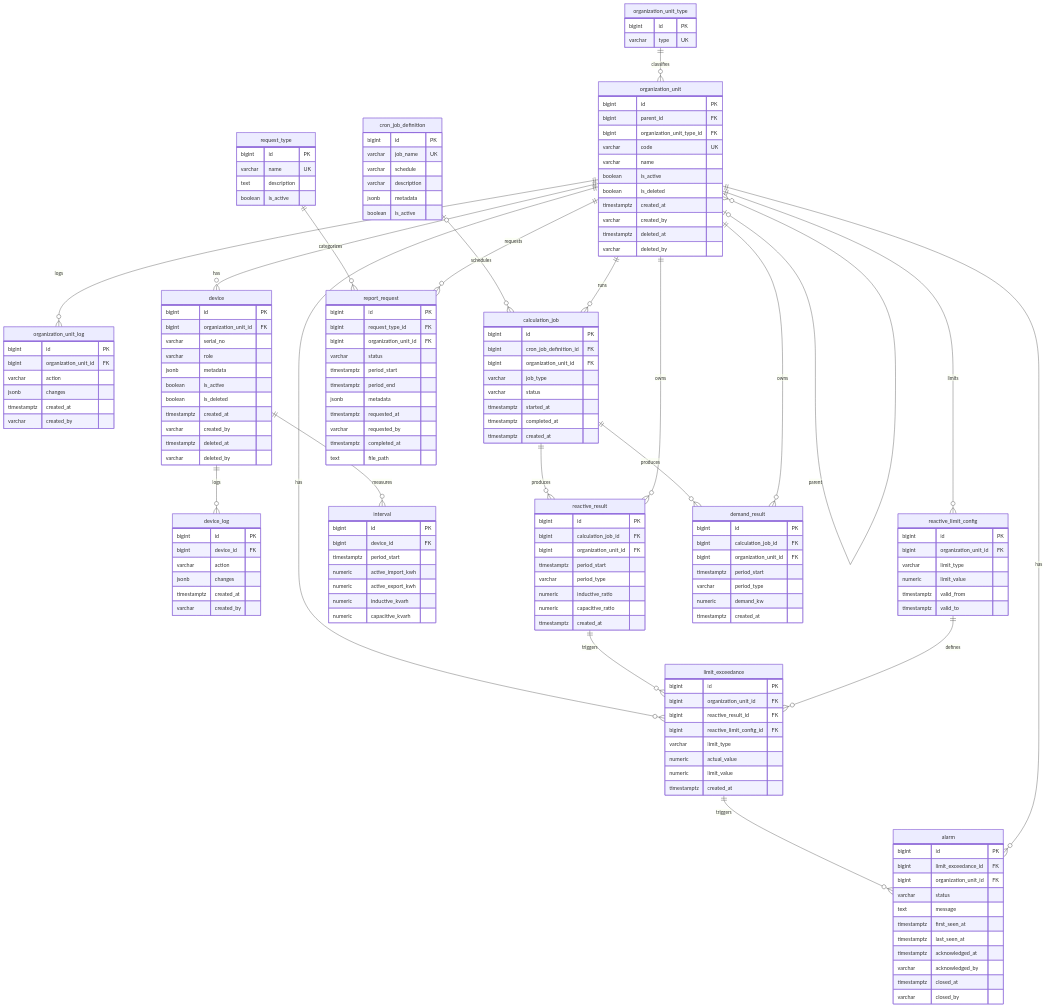
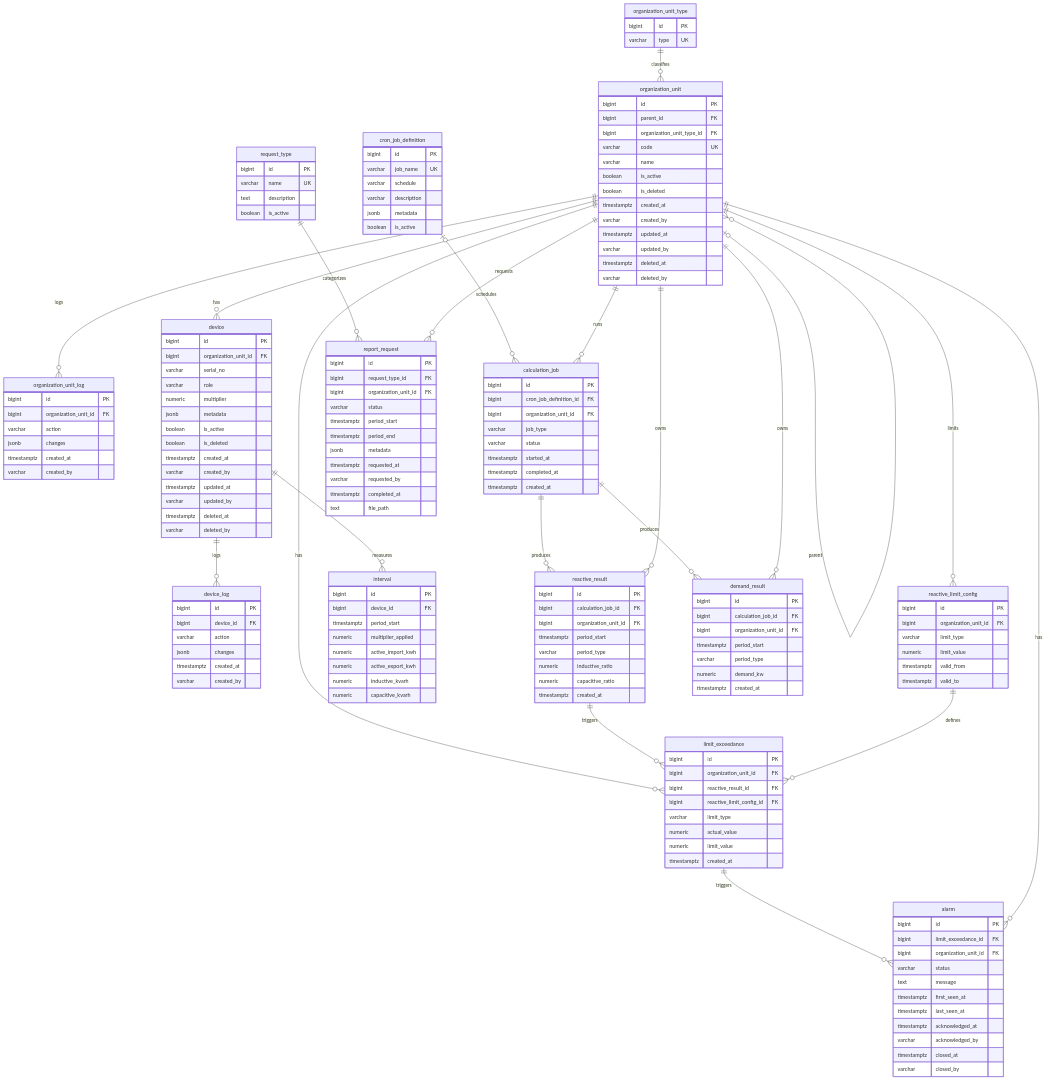
The first of 2 diagrams in docs/design/erd/d-02-entity-relationship-diagram.md (melekryildiz/mini-pms), drawn with Mermaid before and after one commit. The commit also changed other lines of this file and 2 other files, not shown here.

```diff
--- a/docs/design/erd/d-02-entity-relationship-diagram.md
+++ b/docs/design/erd/d-02-entity-relationship-diagram.md
@@ -18,6 +21,8 @@
         boolean is_deleted
         timestamptz created_at
         varchar created_by
+        timestamptz updated_at
+        varchar updated_by
         timestamptz deleted_at
         varchar deleted_by
     }
@@ -34,11 +39,14 @@
         bigint organization_unit_id FK
         varchar serial_no
         varchar role
+        numeric multiplier
         jsonb metadata
         boolean is_active
         boolean is_deleted
         timestamptz created_at
         varchar created_by
+        timestamptz updated_at
+        varchar updated_by
         timestamptz deleted_at
         varchar deleted_by
     }
@@ -62,6 +70,7 @@
         bigint id PK
         bigint device_id FK
         timestamptz period_start
+        numeric multiplier_applied
         numeric active_import_kwh
         numeric active_export_kwh
         numeric inductive_kvarh
```
